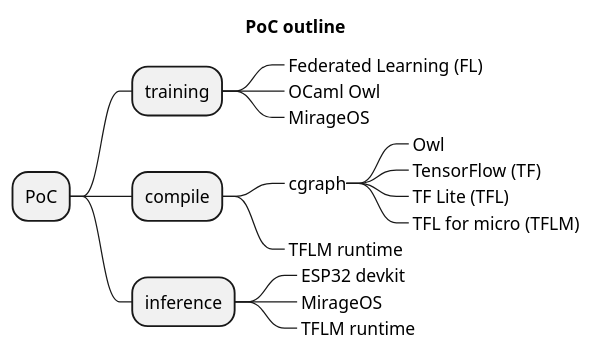
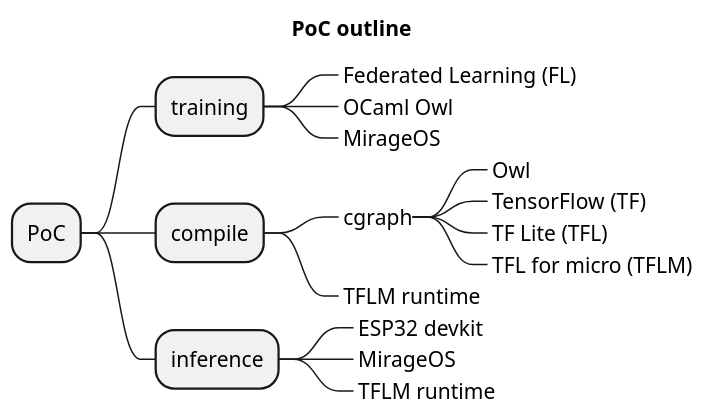
The diagram in demo-sq0.puml (doyu/elc2019), drawn with PlantUML before and after one commit. The commit also changed 4 other files, not shown here.

```diff
--- a/demo-sq0.puml
+++ b/demo-sq0.puml
@@ -1,19 +1,20 @@
 @startmindmap
+scale 1.2
 title PoC outline
 + PoC
 ++ training
 +++_ Federated Learning (FL)
 +++_ OCaml Owl
 +++_ MirageOS
 ++ compile
 +++_ cgraph
 ++++_ Owl
 ++++_ TensorFlow (TF)
 ++++_ TF Lite (TFL)
 ++++_ TFL for micro (TFLM)
 +++_ TFLM runtime
 ++ inference
 +++_ ESP32 devkit
 +++_ MirageOS
 +++_ TFLM runtime
 @endmindmap
```
